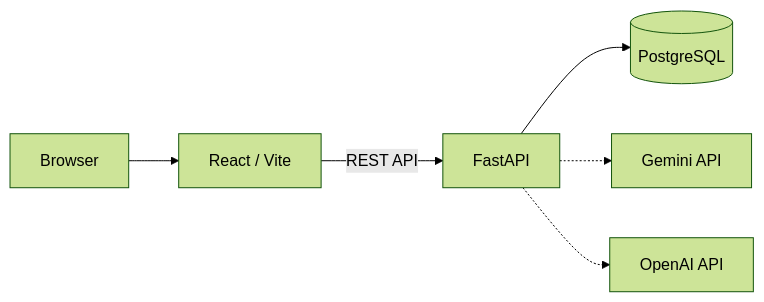
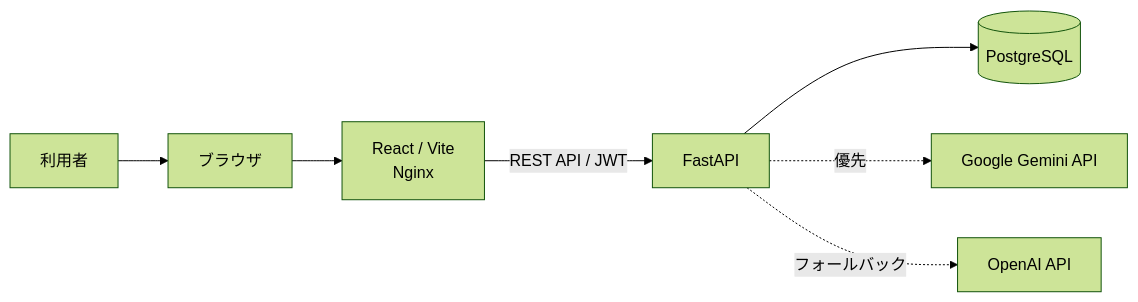
The first of 4 diagrams in README.md (rtiak-ops/learning-app), drawn with Mermaid (forest theme) before and after one commit. The commit also changed other lines of this file, not shown here.

Commit message:
Document system architecture, workflows, and access control

````diff
--- a/README.md
+++ b/README.md
@@ -43,8 +43,9 @@
 ```mermaid
 flowchart LR
-    Browser[Browser] --> Frontend[React / Vite]
-    Frontend -->|REST API| Backend[FastAPI]
+    User[利用者] --> Browser[ブラウザ]
+    Browser --> Frontend[React / Vite\nNginx]
+    Frontend -->|REST API / JWT| Backend[FastAPI]
     Backend --> DB[(PostgreSQL)]
-    Backend -.-> Gemini[Gemini API]
-    Backend -.-> OpenAI[OpenAI API]
+    Backend -.->|優先| Gemini[Google Gemini API]
+    Backend -.->|フォールバック| OpenAI[OpenAI API]
 ```
````
